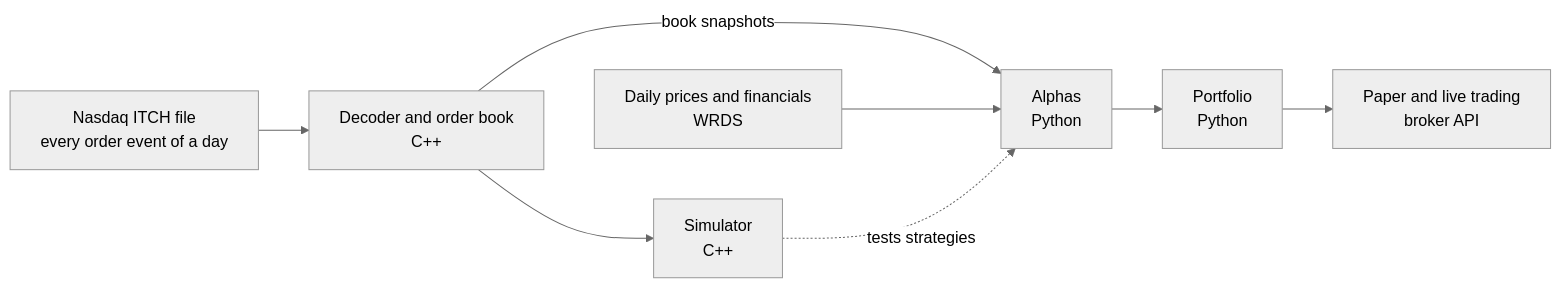
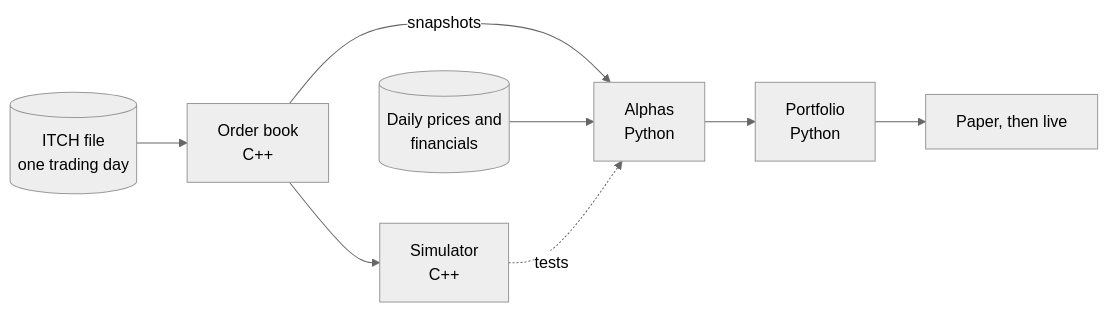
One commit to Sonok/AlphaDesk changed the diagram in README.md. Above: the diagram before and after it, drawn with Mermaid (neutral theme). The commit also changed other lines of this file, not shown here.

````diff
--- a/README.md
+++ b/README.md
@@ -19,16 +24,10 @@
 ```mermaid
 flowchart LR
-    A["Nasdaq ITCH file<br/>every order event of a day"]
-    B["Decoder and order book<br/>C++"]
-    C["Simulator<br/>C++"]
-    D["Alphas<br/>Python"]
-    E["Portfolio<br/>Python"]
-    F["Paper and live trading<br/>broker API"]
-    G["Daily prices and financials<br/>WRDS"]
-
-    A --> B --> C
-    B -- "book snapshots" --> D
-    G --> D
-    D --> E --> F
-    C -. "tests strategies" .-> D
+    A[("ITCH file<br/>one trading day")] --> B["Order book<br/>C++"]
+    B --> C["Simulator<br/>C++"]
+    B -- snapshots --> D["Alphas<br/>Python"]
+    W[("Daily prices and<br/>financials")] --> D
+    C -. tests .-> D
+    D --> E["Portfolio<br/>Python"]
+    E --> F["Paper, then live"]
 ```
````
